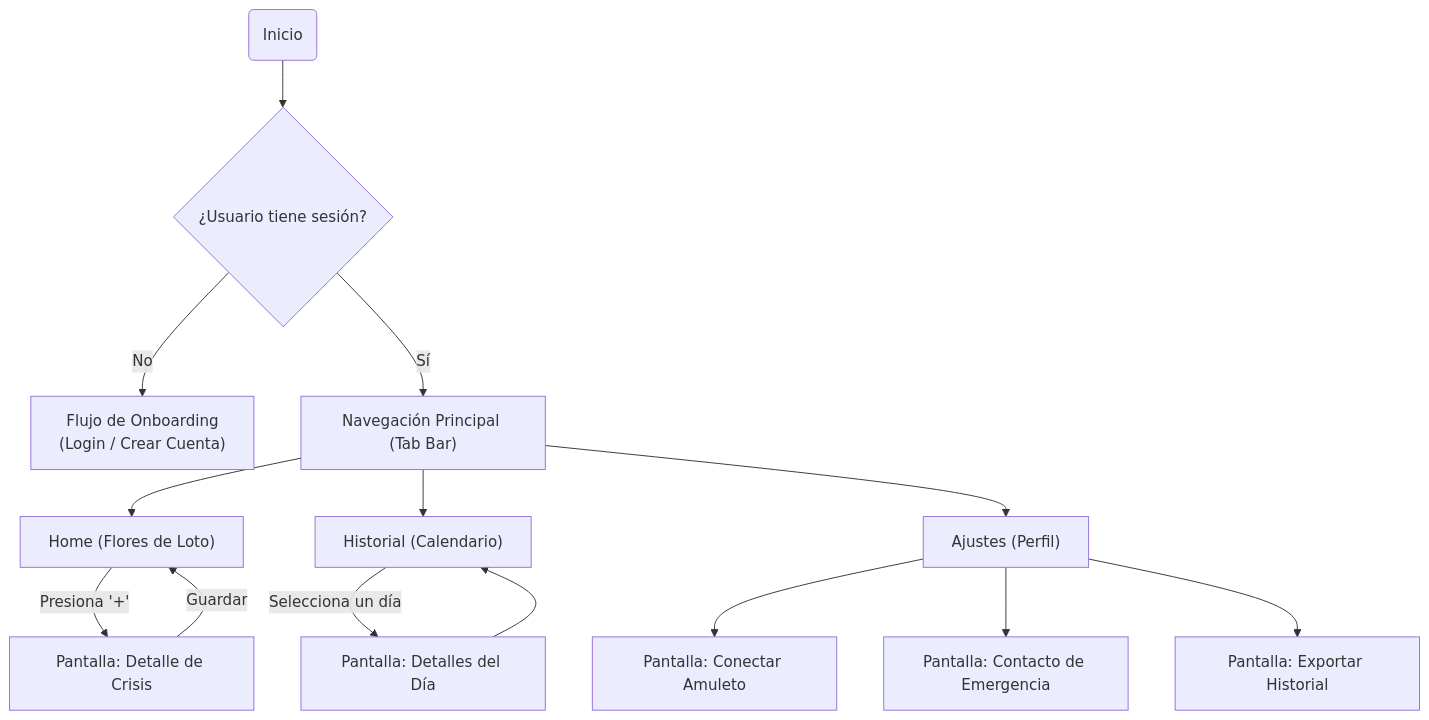
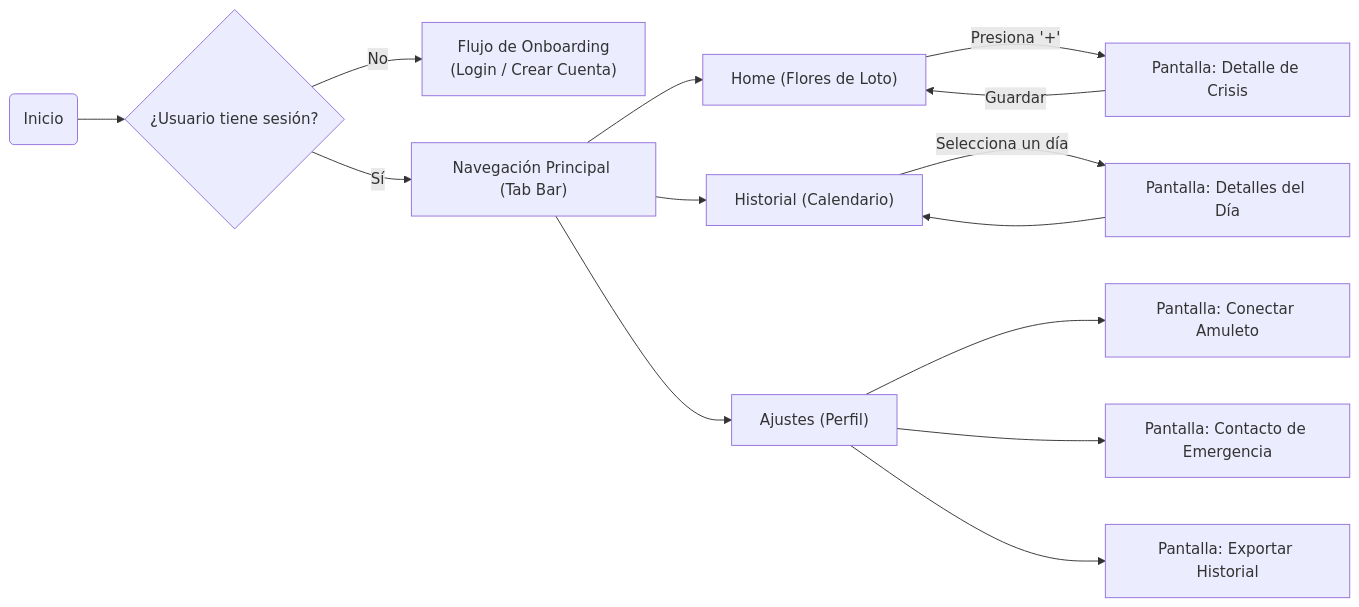
The first of 4 diagrams in apuntes/README.md (janisepulveda/auna), drawn with Mermaid before and after one commit. The commit also changed other lines of this file, not shown here.

Commit message:
Change flowchart direction from TD to LR in diagrams

````diff
--- a/apuntes/README.md
+++ b/apuntes/README.md
@@ -9,29 +9,29 @@
 ```mermaid
-graph TD
+graph LR
     %% El Nivel 0 son las pantallas de Onboarding
     A("Inicio") --> B{¿Usuario tiene sesión?};
     B -- No --> C["Flujo de Onboarding <br> (Login / Crear Cuenta)"];
     B -- Sí --> D["Navegación Principal (Tab Bar)"];
 
     %% El Nivel 1 son las 3 pestañas principales que mostraste
     D --> E["Home (Flores de Loto)"];
     D --> F["Historial (Calendario)"];
     D --> G["Ajustes (Perfil)"];
 
     %% El Nivel 2 son las pantallas que salen de las principales
     
     %% Desde Home
     E -- "Presiona '+'" --> H["Pantalla: Detalle de Crisis"];
     %% Vuelve a Home
     H -- "Guardar" --> E;
 
     %% Desde Historial
     F -- "Selecciona un día" --> I["Pantalla: Detalles del Día"];
     %% Vuelve al Calendario
     I --> F;
 
     %% Desde Ajustes
     G --> J["Pantalla: Conectar Amuleto"];
     G --> K["Pantalla: Contacto de Emergencia"];
     G --> L["Pantalla: Exportar Historial"];
 ```
````
